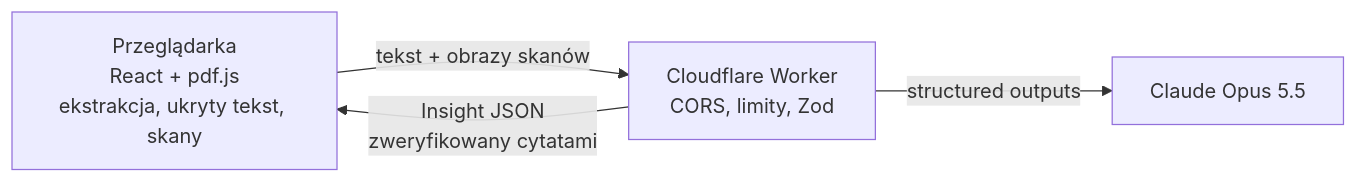
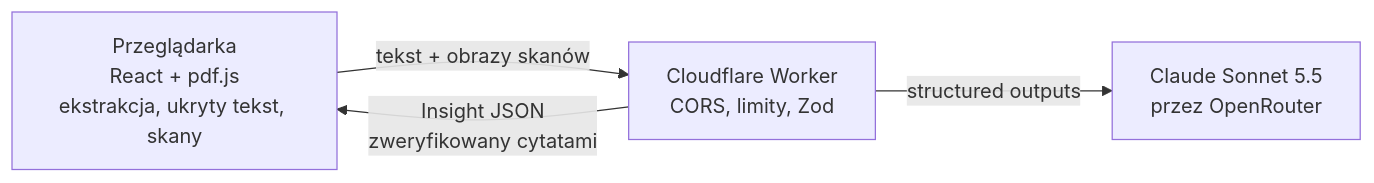
The diagram in README.md (posgame3/pdf-insight), drawn with Mermaid before and after one commit. The commit also changed other lines of this file and 33 other files, not shown here.

First line of the commit message:
feat(worker): OpenRouter provider, parallel extraction and Claude Sonnet 5.5 (measured on live demo) (#3)

````diff
--- a/README.md
+++ b/README.md
@@ -31,6 +31,6 @@
 ```mermaid
 flowchart LR
   A["Przeglądarka<br/>React + pdf.js<br/>ekstrakcja, ukryty tekst, skany"] -- "tekst + obrazy skanów" --> B["Cloudflare Worker<br/>CORS, limity, Zod"]
-  B -- "structured outputs" --> C["Claude Opus 5.5"]
+  B -- "structured outputs" --> C["Claude Sonnet 5.5<br/>przez OpenRouter"]
   B -- "Insight JSON<br/>zweryfikowany cytatami" --> A
 ```
````
